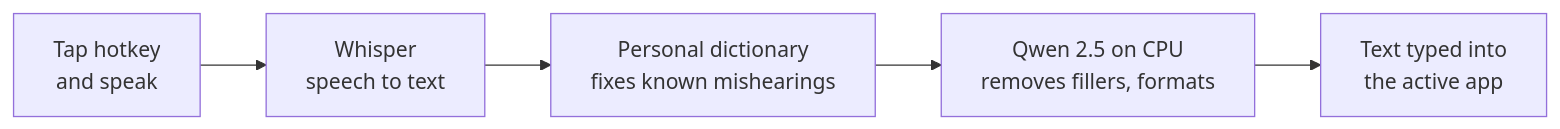
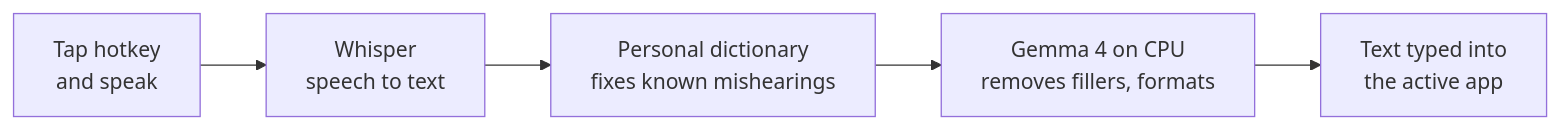
One commit to xav-art/Speak changed the diagram in README.md. Above: the diagram before and after it, drawn with Mermaid. The commit also changed other lines of this file and 10 other files, not shown here.

````diff
--- a/README.md
+++ b/README.md
@@ -40,7 +40,7 @@
 ```mermaid
 flowchart LR
     A[Tap hotkey<br/>and speak] --> B[Whisper<br/>speech to text]
     B --> C[Personal dictionary<br/>fixes known mishearings]
-    C --> D[Qwen 2.5 on CPU<br/>removes fillers, formats]
+    C --> D[Gemma 4 on CPU<br/>removes fillers, formats]
     D --> E[Text typed into<br/>the active app]
 ```
````
